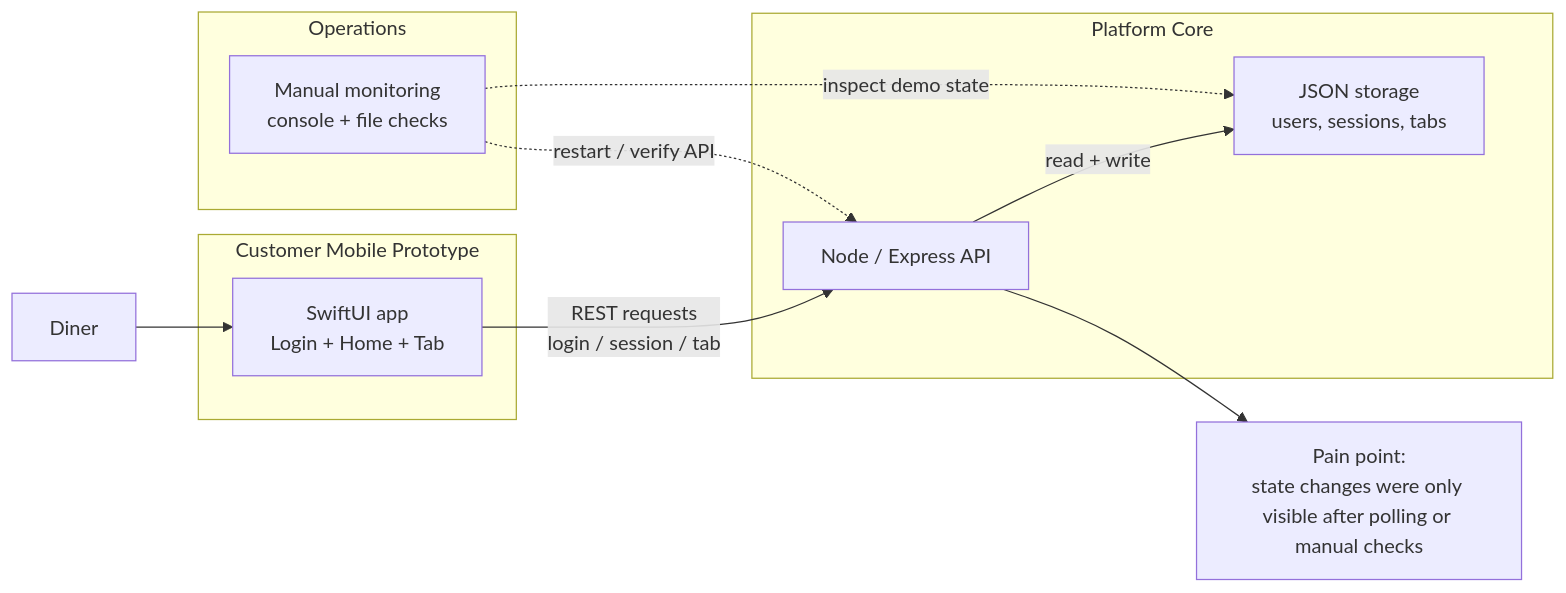
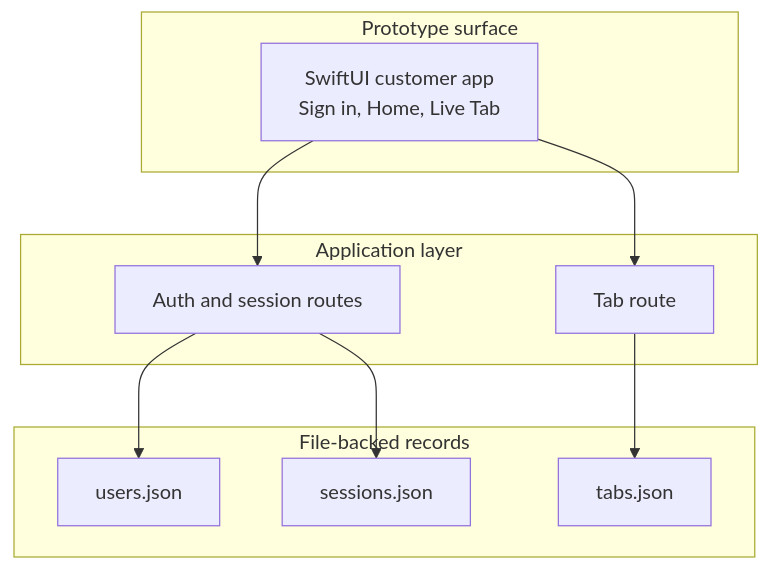
One commit to ebilguun03/ozora-capstone-portfolio changed the diagram in assets/capstone-experience/architecture/architecture-early-concept.mmd. Above: the diagram before and after it, drawn with Mermaid. The commit also changed 9 other files, not shown here.

Commit message:
Upgrade capstone experience diagrams

```diff
--- a/assets/capstone-experience/architecture/architecture-early-concept.mmd
+++ b/assets/capstone-experience/architecture/architecture-early-concept.mmd
@@ -1,24 +1,21 @@
-flowchart LR
-    diner["Diner"]
-
-    subgraph mobile["Customer Mobile Prototype"]
-        app["SwiftUI app\nLogin + Home + Tab"]
+flowchart TD
+    subgraph surface["Prototype surface"]
+        app["SwiftUI customer app\nSign in, Home, Live Tab"]
     end
 
-    subgraph platform["Platform Core"]
-        api["Node / Express API"]
-        files["JSON storage\nusers, sessions, tabs"]
+    subgraph apiLayer["Application layer"]
+        auth["Auth and session routes"]
+        tab["Tab route"]
     end
 
-    subgraph operations["Operations"]
-        manual["Manual monitoring\nconsole + file checks"]
+    subgraph records["File-backed records"]
+        users["users.json"]
+        sessions["sessions.json"]
+        tabs["tabs.json"]
     end
 
-    diner --> app
-    app -->|"REST requests\nlogin / session / tab"| api
-    api -->|"read + write"| files
-    manual -. "inspect demo state" .-> files
-    manual -. "restart / verify API" .-> api
-
-    gap["Pain point:\nstate changes were only visible after polling or manual checks"]
-    api --> gap
+    app --> auth
+    app --> tab
+    auth --> users
+    auth --> sessions
+    tab --> tabs
```
